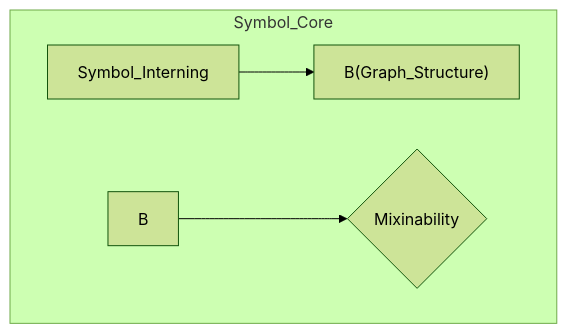
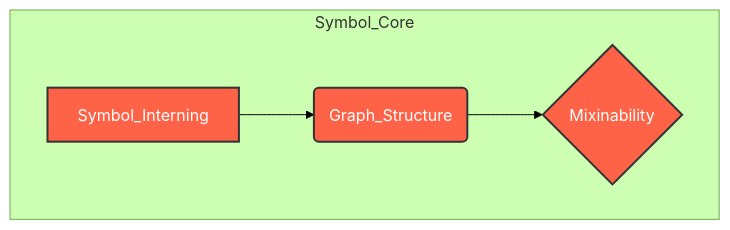
One commit to ikko/sym changed the first of 4 diagrams in docs/3_advanced_tutorial.md. Above: the diagram before and after it, drawn with Mermaid (forest theme). The commit also changed other lines of this file and 15 other files, not shown here.

Commit message:
inbetween cleaning examples and recolor mermaids

````diff
--- a/docs/3_advanced_tutorial.md
+++ b/docs/3_advanced_tutorial.md
@@ -86,7 +104,11 @@
 ```mermaid
- graph TD
+graph TD
     subgraph Symbol_Core
-        A[Symbol_Interning] --> B&#40Graph_Structure&#41
+        A[Symbol_Interning] --> B(Graph_Structure)
         B --> C{Mixinability}
-     end
+    end
+
+    style A fill:#FF6347,stroke:#333,stroke-width:2px,color:#FFFFFF;
+    style B fill:#FF6347,stroke:#333,stroke-width:2px,color:#FFFFFF;
+    style C fill:#FF6347,stroke:#333,stroke-width:2px,color:#FFFFFF;
 ```
````
